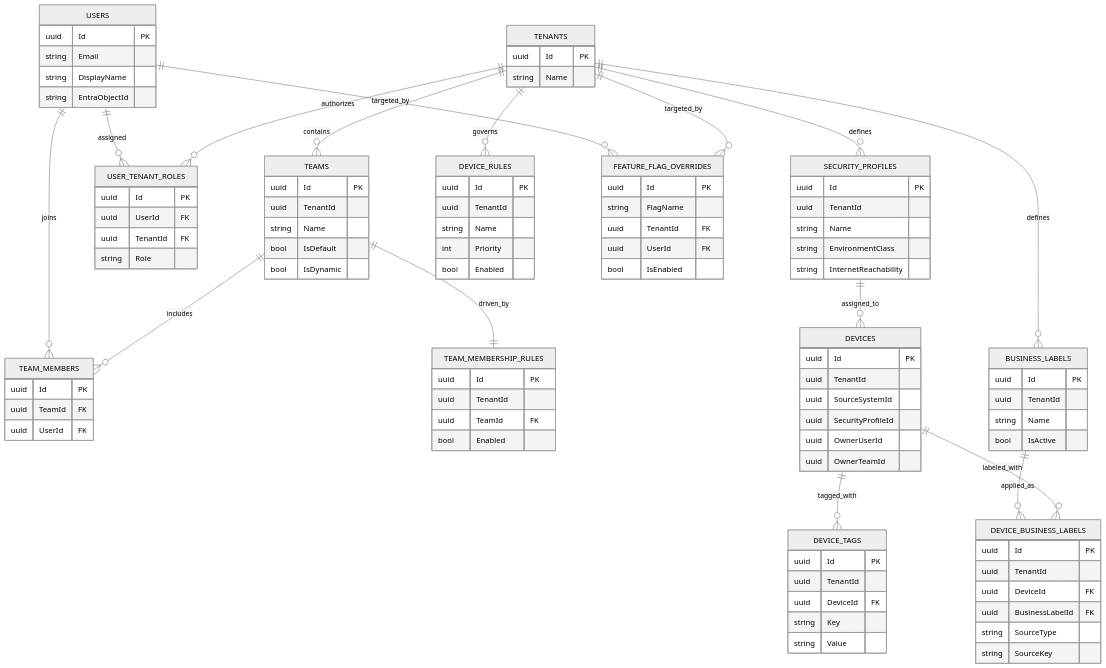
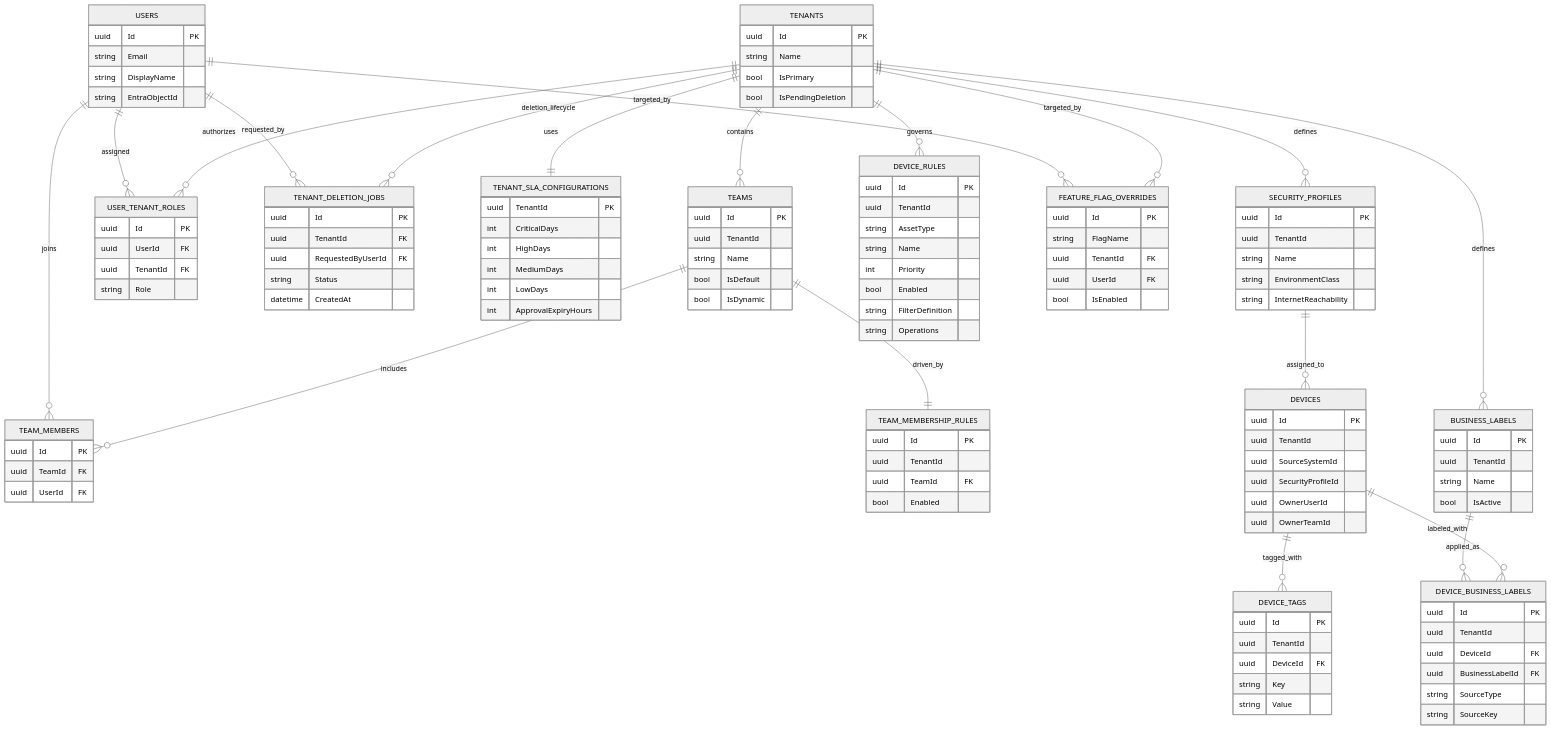
Before and after one commit to FrodeHus/PatchHound: the second of 6 diagrams in docs/database-diagram.md, drawn with Mermaid (neutral theme). The commit also changed other lines of this file and 109 other files, not shown here.

```diff
--- a/docs/database-diagram.md
+++ b/docs/database-diagram.md
@@ -108,6 +155,8 @@
     TENANTS {
         uuid Id PK
         string Name
+        bool IsPrimary
+        bool IsPendingDeletion
     }
 
     USERS {
@@ -136,6 +185,23 @@
         uuid UserId FK
         uuid TenantId FK
         string Role
+    }
+
+    TENANT_DELETION_JOBS {
+        uuid Id PK
+        uuid TenantId FK
+        uuid RequestedByUserId FK
+        string Status
+        datetime CreatedAt
+    }
+
+    TENANT_SLA_CONFIGURATIONS {
+        uuid TenantId PK
+        int CriticalDays
+        int HighDays
+        int MediumDays
+        int LowDays
+        int ApprovalExpiryHours
     }
 
     TEAM_MEMBERSHIP_RULES {
@@ -189,9 +255,12 @@
     DEVICE_RULES {
         uuid Id PK
         uuid TenantId
+        string AssetType
         string Name
         int Priority
         bool Enabled
+        string FilterDefinition
+        string Operations
     }
 
     FEATURE_FLAG_OVERRIDES {
@@ -203,6 +272,9 @@
     }
 
     TENANTS ||--o{ TEAMS : contains
+    TENANTS ||--o{ TENANT_DELETION_JOBS : deletion_lifecycle
+    USERS ||--o{ TENANT_DELETION_JOBS : requested_by
+    TENANTS ||--|| TENANT_SLA_CONFIGURATIONS : uses
     TENANTS ||--o{ USER_TENANT_ROLES : authorizes
     USERS ||--o{ USER_TENANT_ROLES : assigned
     TEAMS ||--o{ TEAM_MEMBERS : includes
```
